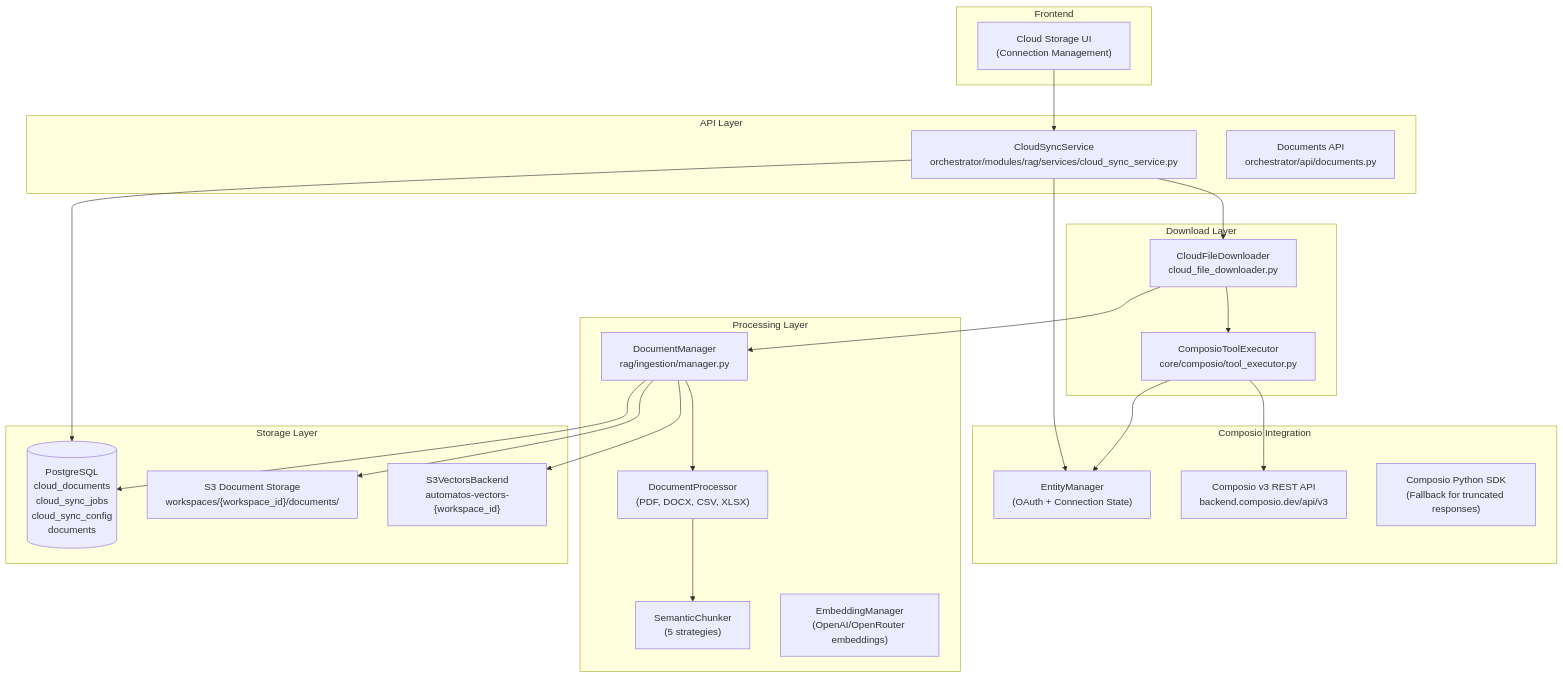
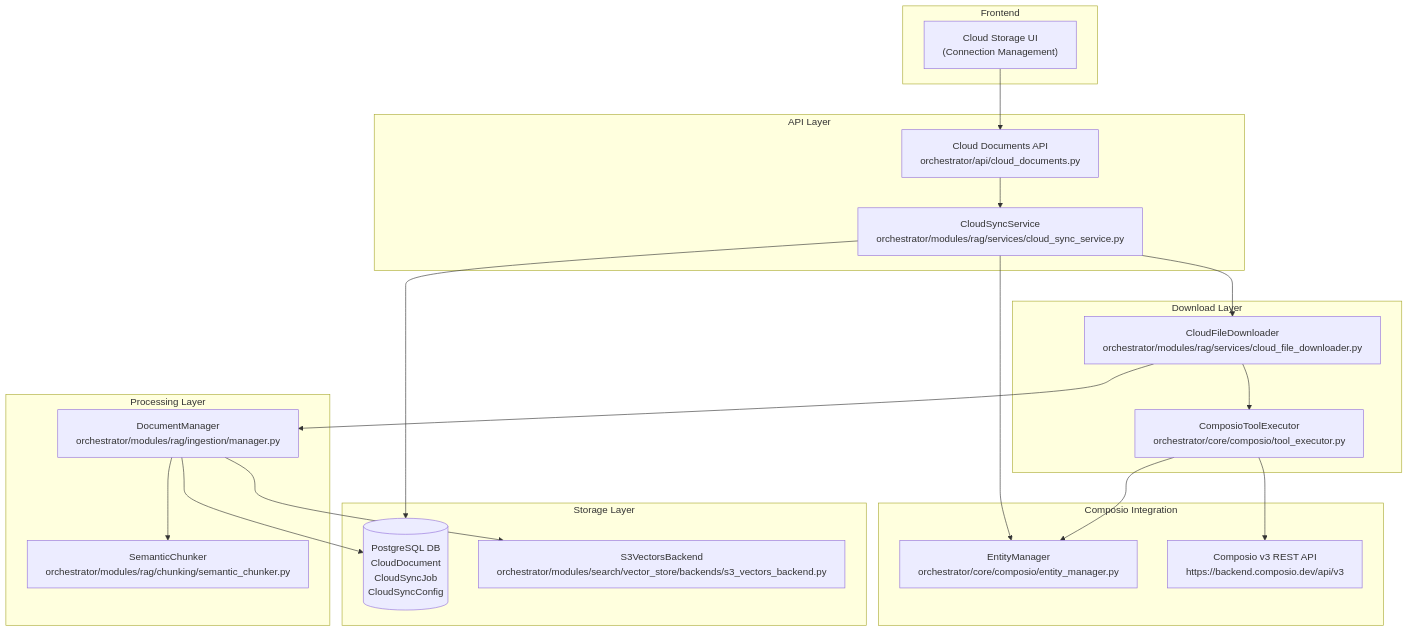
Before and after one commit to AutomatosAI/automatos-ai: the first of 3 diagrams in docs/knowledge-base-rag/cloud-storage-integration.md, drawn with Mermaid. The commit also changed other lines of this file and 153 other files, not shown here.

````diff
--- a/docs/knowledge-base-rag/cloud-storage-integration.md
+++ b/docs/knowledge-base-rag/cloud-storage-integration.md
@@ -46,52 +37,47 @@
 ```mermaid
 graph TB
     subgraph "Frontend"
         UI["Cloud Storage UI<br/>(Connection Management)"]
     end
     
     subgraph "API Layer"
         CloudAPI["CloudSyncService<br/>orchestrator/modules/rag/services/cloud_sync_service.py"]
-        DocsAPI["Documents API<br/>orchestrator/api/documents.py"]
+        CloudRouter["Cloud Documents API<br/>orchestrator/api/cloud_documents.py"]
     end
     
     subgraph "Download Layer"
-        Downloader["CloudFileDownloader<br/>cloud_file_downloader.py"]
-        ComposioExec["ComposioToolExecutor<br/>core/composio/tool_executor.py"]
+        Downloader["CloudFileDownloader<br/>orchestrator/modules/rag/services/cloud_file_downloader.py"]
+        ComposioExec["ComposioToolExecutor<br/>orchestrator/core/composio/tool_executor.py"]
     end
     
     subgraph "Composio Integration"
-        EntityMgr["EntityManager<br/>(OAuth + Connection State)"]
-        ComposioAPI["Composio v3 REST API<br/>backend.composio.dev/api/v3"]
-        ComposioSDK["Composio Python SDK<br/>(Fallback for truncated responses)"]
+        EntityMgr["EntityManager<br/>orchestrator/core/composio/entity_manager.py"]
+        ComposioAPI["Composio v3 REST API<br/>https://backend.composio.dev/api/v3"]
     end
     
     subgraph "Processing Layer"
-        DocManager["DocumentManager<br/>rag/ingestion/manager.py"]
-        Processor["DocumentProcessor<br/>(PDF, DOCX, CSV, XLSX)"]
-        Chunker["SemanticChunker<br/>(5 strategies)"]
-        EmbedMgr["EmbeddingManager<br/>(OpenAI/OpenRouter embeddings)"]
+        DocManager["DocumentManager<br/>orchestrator/modules/rag/ingestion/manager.py"]
+        Chunker["SemanticChunker<br/>orchestrator/modules/rag/chunking/semantic_chunker.py"]
     end
     
     subgraph "Storage Layer"
-        PostgreSQL[("PostgreSQL<br/>cloud_documents<br/>cloud_sync_jobs<br/>cloud_sync_config<br/>documents")]
-        S3Storage["S3 Document Storage<br/>workspaces/{workspace_id}/documents/"]
-        S3Vectors["S3VectorsBackend<br/>automatos-vectors-{workspace_id}"]
+        PostgreSQL[("PostgreSQL DB<br/>CloudDocument<br/>CloudSyncJob<br/>CloudSyncConfig")]
+        S3Vectors["S3VectorsBackend<br/>orchestrator/modules/search/vector_store/backends/s3_vectors_backend.py"]
     end
     
-    UI --> CloudAPI
+    UI --> CloudRouter
+    CloudRouter --> CloudAPI
     CloudAPI --> Downloader
     CloudAPI --> EntityMgr
     Downloader --> ComposioExec
     ComposioExec --> EntityMgr
     ComposioExec --> ComposioAPI
     
     Downloader --> DocManager
-    DocManager --> Processor
-    Processor --> Chunker
+    DocManager --> Chunker
     
-    DocManager --> S3Storage
     DocManager --> S3Vectors
     
     CloudAPI --> PostgreSQL
     DocManager --> PostgreSQL
 ```
````
